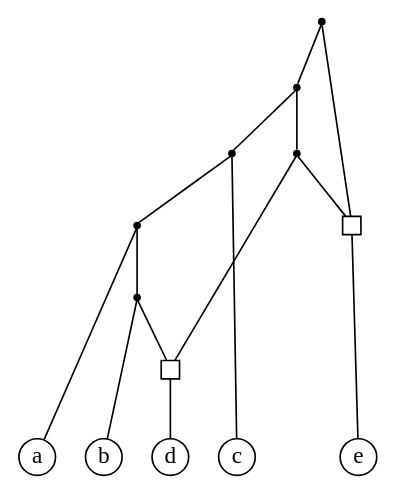
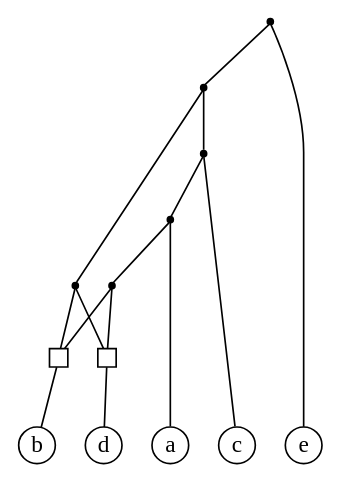
Before and after one commit to ZumZoom/phylogeny-paper: the diagram in pics/ans.gv, drawn with Graphviz. The commit also changed 2 other files, not shown here.

```diff
--- a/pics/ans.gv
+++ b/pics/ans.gv
@@ -1,21 +1,21 @@
 graph G {
   node [shape=circle width=0.3 fixedsize=true height=0.3];
   {rank = same; a b c d e};
   node [shape = square label = "" width=0.15 fixedsize=true height=0.15];
   _11 _12;
   node [shape = point width=default height=default];
   _5 -- _12;
   _5 -- _11;
-  _6 -- b;
+  _6 -- _12;
   _6 -- _11;
   _7 -- a;
-  _7 -- _6;
+  _7 -- _5;
   _8 -- c;
   _8 -- _7;
   _9 -- _8;
-  _9 -- _5;
-  _10 -- _12;
+  _9 -- _6;
   _10 -- _9;
-  _11 -- d;
-  _12 -- e;
+  _10 -- e;
+  _11 -- b;
+  _12 -- d;
 }
```
